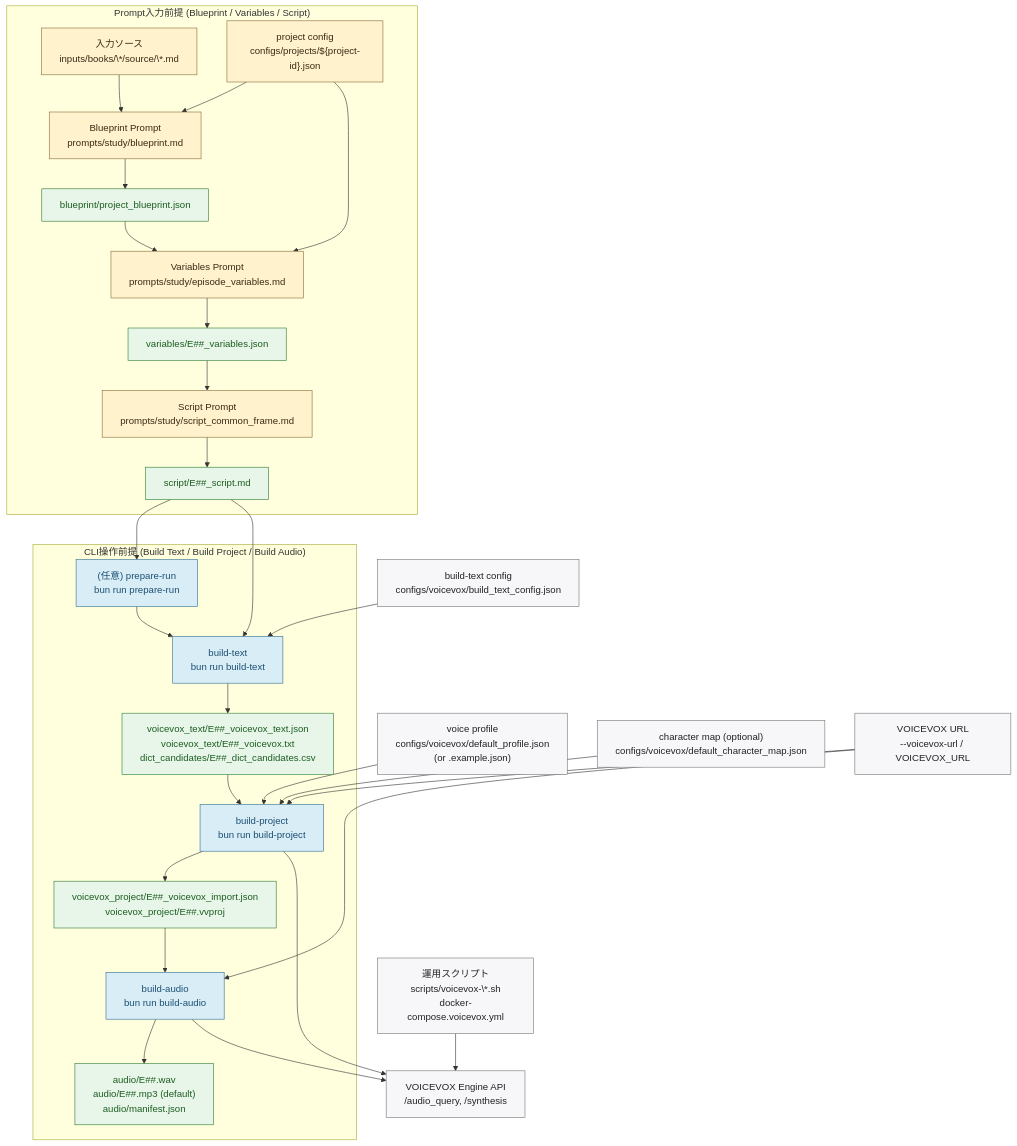
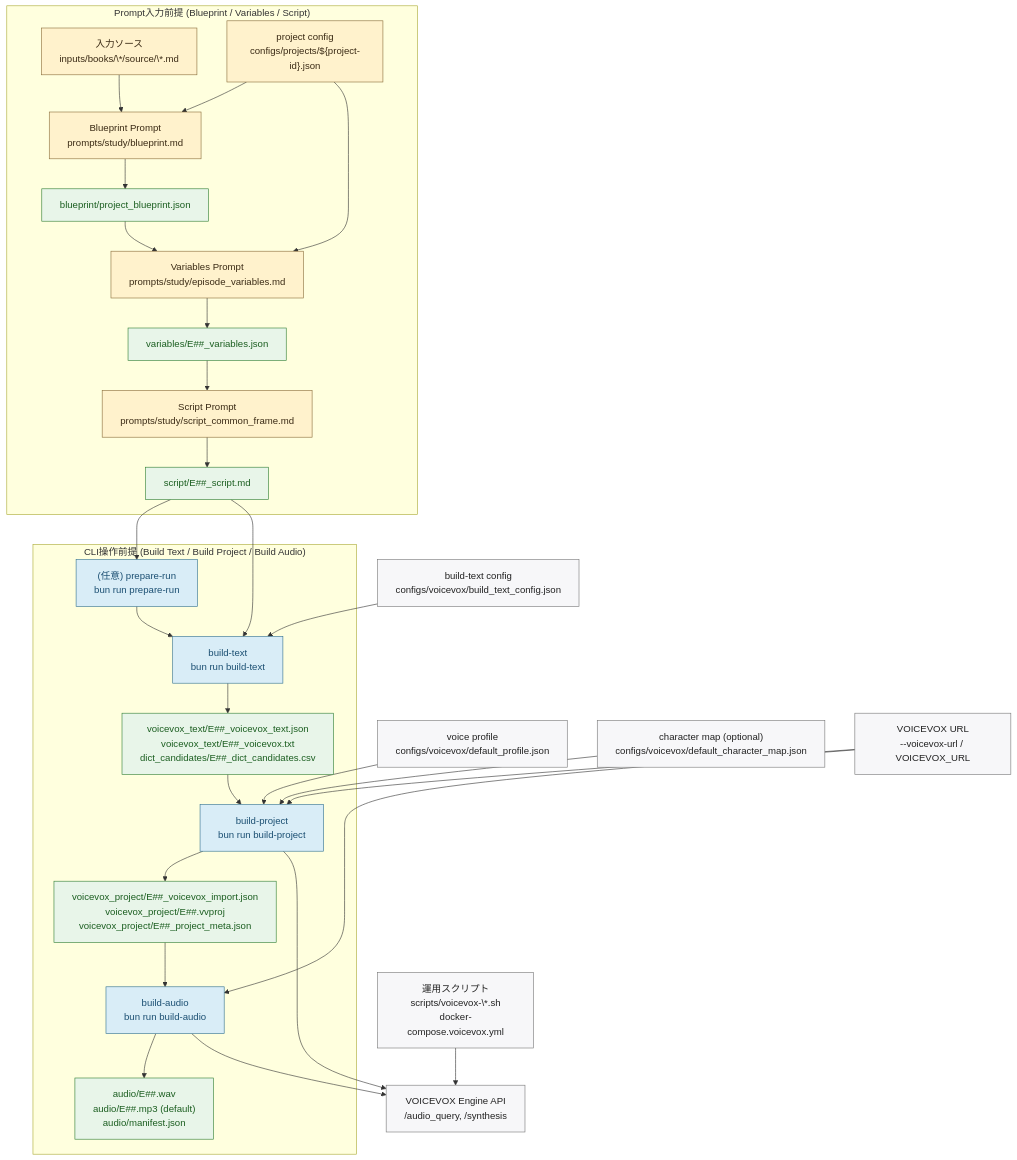
Before and after one commit to niroe5tar64/narrative-vox: the diagram in docs/architecture/pipeline.md, drawn with Mermaid. The commit also changed other lines of this file and 11 other files, not shown here.

````diff
--- a/docs/architecture/pipeline.md
+++ b/docs/architecture/pipeline.md
@@ -12,64 +12,64 @@
 ```mermaid
 flowchart TB
   subgraph PromptFlow["Prompt入力前提 (Blueprint / Variables / Script)"]
     S["入力ソース<br/>inputs/books/\*/source/\*.md"]
     PCFG["project config<br/>configs/projects/${project-id}.json"]
     P1["Blueprint Prompt<br/>prompts/study/blueprint.md"]
     O1["blueprint/project_blueprint.json"]
     P2["Variables Prompt<br/>prompts/study/episode_variables.md"]
     O2["variables/E##_variables.json"]
     P3["Script Prompt<br/>prompts/study/script_common_frame.md"]
     O3["script/E##_script.md"]
     S --> P1
     PCFG --> P1
     P1 --> O1
     O1 --> P2
     PCFG --> P2
     P2 --> O2
     O2 --> P3
     P3 --> O3
   end
 
   subgraph CliFlow["CLI操作前提 (Build Text / Build Project / Build Audio)"]
     C0["(任意) prepare-run<br/>bun run prepare-run"]
     C1["build-text<br/>bun run build-text"]
     C2["build-project<br/>bun run build-project"]
     C3["build-audio<br/>bun run build-audio"]
     O4["voicevox_text/E##_voicevox_text.json<br/>voicevox_text/E##_voicevox.txt<br/>dict_candidates/E##_dict_candidates.csv"]
-    O5["voicevox_project/E##_voicevox_import.json<br/>voicevox_project/E##.vvproj"]
+    O5["voicevox_project/E##_voicevox_import.json<br/>voicevox_project/E##.vvproj<br/>voicevox_project/E##_project_meta.json"]
     O6["audio/E##.wav<br/>audio/E##.mp3 (default)<br/>audio/manifest.json"]
     C0 --> C1
     C1 --> O4
     O4 --> C2
     C2 --> O5
     O5 --> C3
     C3 --> O6
   end
 
   CFG4["build-text config<br/>configs/voicevox/build_text_config.json"]
-  CFG5P["voice profile<br/>configs/voicevox/default_profile.json<br/>(or .example.json)"]
+  CFG5P["voice profile<br/>configs/voicevox/default_profile.json"]
   CFG5S["character map (optional)<br/>configs/voicevox/default_character_map.json"]
   VXURL["VOICEVOX URL<br/>--voicevox-url / VOICEVOX_URL"]
   VXAPI["VOICEVOX Engine API<br/>/audio_query, /synthesis"]
   VXSCRIPT["運用スクリプト<br/>scripts/voicevox-\*.sh<br/>docker-compose.voicevox.yml"]
 
   O3 --> C0
   O3 --> C1
   CFG4 --> C1
   CFG5P --> C2
   CFG5S --> C2
   VXURL --> C2
   VXURL --> C3
   VXSCRIPT --> VXAPI
   C2 --> VXAPI
   C3 --> VXAPI
 
   classDef prompt fill:#fff2cc,stroke:#8a6d3b,color:#3a2a14;
   classDef cli fill:#d9edf7,stroke:#31708f,color:#1b4f72;
   classDef cfg fill:#f7f7f9,stroke:#777,color:#222;
   classDef out fill:#e8f5e9,stroke:#2e7d32,color:#1b5e20;
   class S,PCFG,P1,P2,P3 prompt;
   class C0,C1,C2,C3 cli;
   class CFG4,CFG5P,CFG5S,VXURL,VXAPI,VXSCRIPT cfg;
   class O1,O2,O3,O4,O5,O6 out;
 ```
````
